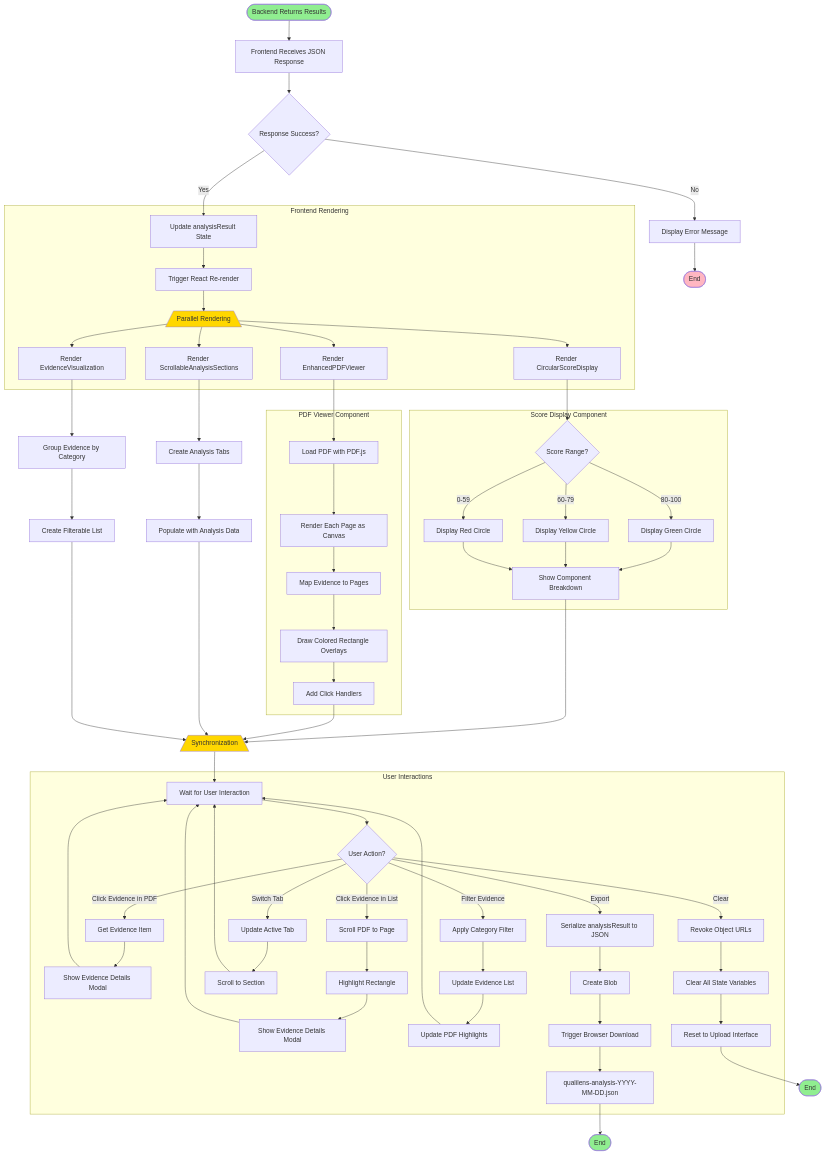
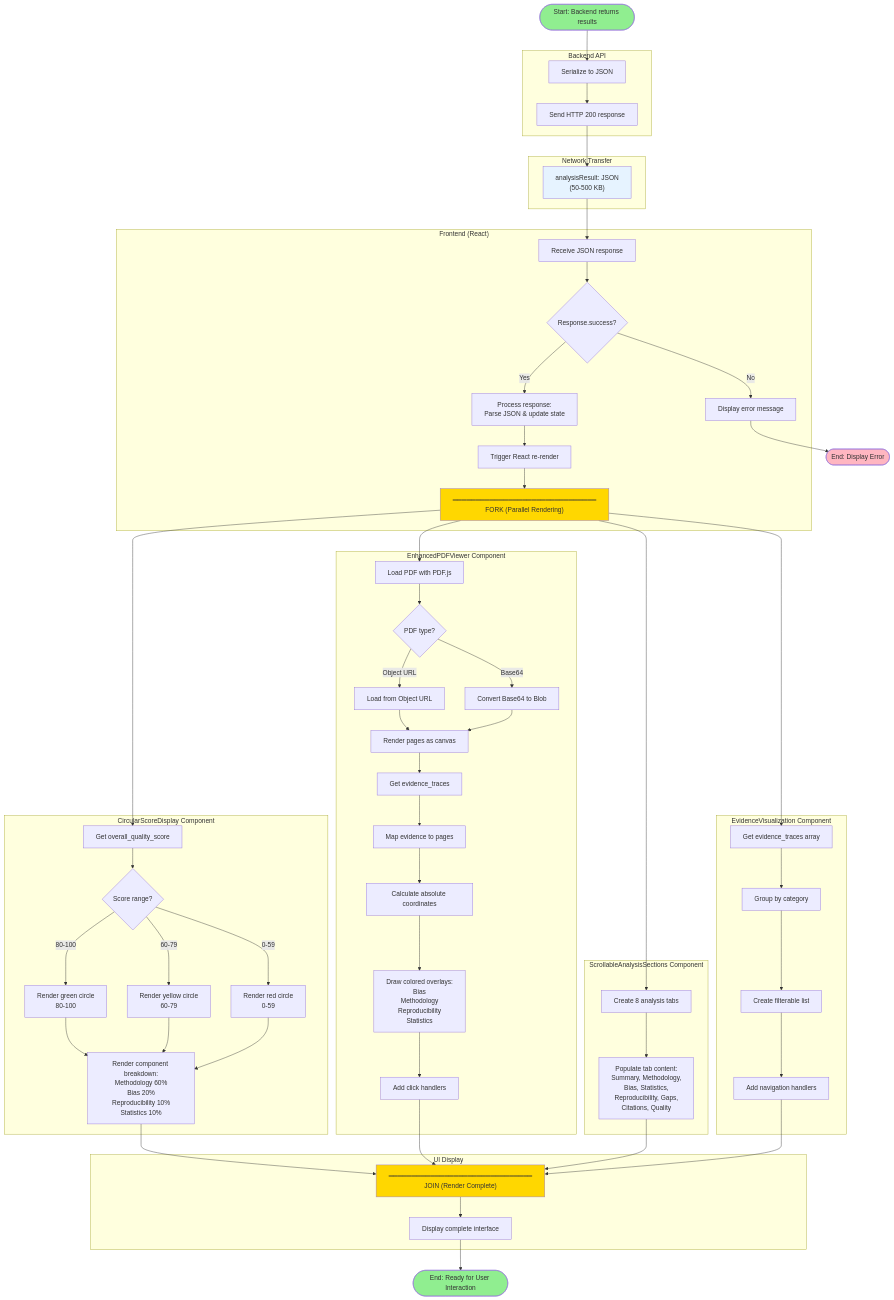
Before and after one commit to giuliobarde/QualiLens: the third of 5 diagrams in docs/architecture/3_ACTIVITY_DIAGRAM.md, drawn with Mermaid. The commit also changed other lines of this file and 1 other file, not shown here.

Commit message:
activity diagrams update

````diff
--- a/docs/architecture/3_ACTIVITY_DIAGRAM.md
+++ b/docs/architecture/3_ACTIVITY_DIAGRAM.md
@@ -188,127 +238,117 @@
 ```mermaid
 graph TD
-    Start([Backend Returns Results]) --> ReceiveJSON[Frontend Receives JSON Response]
-    ReceiveJSON --> ValidateResponse{Response Success?}
-    ValidateResponse -->|No| ShowError[Display Error Message]
-    ShowError --> End1([End])
-    ValidateResponse -->|Yes| UpdateState[Update analysisResult State]
-    UpdateState --> TriggerRender[Trigger React Re-render]
-    TriggerRender --> ParallelRender[/Parallel Rendering\]
+    Start([Start: Backend returns results])
     
-    ParallelRender --> RenderScore[Render CircularScoreDisplay]
-    ParallelRender --> RenderPDF[Render EnhancedPDFViewer]
-    ParallelRender --> RenderSections[Render ScrollableAnalysisSections]
-    ParallelRender --> RenderEvidence[Render EvidenceVisualization]
-    
-    RenderScore --> CalcColor{Score Range?}
-    CalcColor -->|80-100| GreenCircle[Display Green Circle]
-    CalcColor -->|60-79| YellowCircle[Display Yellow Circle]
-    CalcColor -->|0-59| RedCircle[Display Red Circle]
-    GreenCircle --> ShowBreakdown[Show Component Breakdown]
-    YellowCircle --> ShowBreakdown
-    RedCircle --> ShowBreakdown
-    
-    RenderPDF --> LoadPDFJS[Load PDF with PDF.js]
-    LoadPDFJS --> RenderPages[Render Each Page as Canvas]
-    RenderPages --> MapEvidence[Map Evidence to Pages]
-    MapEvidence --> DrawHighlights[Draw Colored Rectangle Overlays]
-    DrawHighlights --> AddHandlers[Add Click Handlers]
-    
-    RenderSections --> CreateTabs[Create Analysis Tabs]
-    CreateTabs --> PopulateData[Populate with Analysis Data]
-    
-    RenderEvidence --> GroupEvidence[Group Evidence by Category]
-    GroupEvidence --> CreateList[Create Filterable List]
-    
-    ShowBreakdown --> SyncPoint[/Synchronization\]
-    AddHandlers --> SyncPoint
-    PopulateData --> SyncPoint
-    CreateList --> SyncPoint
-    
-    SyncPoint --> WaitUser[Wait for User Interaction]
-    WaitUser --> UserAction{User Action?}
-    
-    UserAction -->|Click Evidence in PDF| GetEvidence1[Get Evidence Item]
-    GetEvidence1 --> ShowModal1[Show Evidence Details Modal]
-    ShowModal1 --> WaitUser
-    
-    UserAction -->|Click Evidence in List| ScrollPDF[Scroll PDF to Page]
-    ScrollPDF --> HighlightRect[Highlight Rectangle]
-    HighlightRect --> ShowModal2[Show Evidence Details Modal]
-    ShowModal2 --> WaitUser
-    
-    UserAction -->|Switch Tab| ChangeTab[Update Active Tab]
-    ChangeTab --> ScrollSection[Scroll to Section]
-    ScrollSection --> WaitUser
-    
-    UserAction -->|Filter Evidence| ApplyFilter[Apply Category Filter]
-    ApplyFilter --> UpdateList[Update Evidence List]
-    UpdateList --> UpdateHighlights[Update PDF Highlights]
-    UpdateHighlights --> WaitUser
-    
-    UserAction -->|Export| SerializeJSON[Serialize analysisResult to JSON]
-    SerializeJSON --> CreateBlob[Create Blob]
-    CreateBlob --> TriggerDownload[Trigger Browser Download]
-    TriggerDownload --> FileName["qualilens-analysis-YYYY-MM-DD.json"]
-    FileName --> End2([End])
-    
-    UserAction -->|Clear| RevokeURL[Revoke Object URLs]
-    RevokeURL --> ClearState[Clear All State Variables]
-    ClearState --> ResetUI[Reset to Upload Interface]
-    ResetUI --> End3([End])
-    
-    subgraph "Frontend Rendering"
-        UpdateState
-        TriggerRender
-        ParallelRender
-        RenderScore
-        RenderPDF
-        RenderSections
-        RenderEvidence
+    subgraph Backend["Backend API"]
+        B1[Serialize to JSON]
+        B2[Send HTTP 200 response]
     end
     
-    subgraph "Score Display Component"
-        CalcColor
-        GreenCircle
-        YellowCircle
-        RedCircle
-        ShowBreakdown
+    subgraph DataTransfer["Network Transfer"]
+        N1["analysisResult: JSON<br/>(50-500 KB)"]
     end
     
-    subgraph "PDF Viewer Component"
-        LoadPDFJS
-        RenderPages
-        MapEvidence
-        DrawHighlights
-        AddHandlers
+    subgraph Frontend["Frontend (React)"]
+        F1[Receive JSON response]
+        F2{Response.success?}
+        F3[Process response:<br/>Parse JSON & update state]
+        F4[Trigger React re-render]
+        ForkBar["═══════════════════════════════<br/>FORK (Parallel Rendering)"]
+        E1[Display error message]
     end
     
-    subgraph "User Interactions"
-        WaitUser
-        UserAction
-        GetEvidence1
-        ShowModal1
-        ScrollPDF
-        HighlightRect
-        ShowModal2
-        ChangeTab
-        ScrollSection
-        ApplyFilter
-        UpdateList
-        UpdateHighlights
-        SerializeJSON
-        CreateBlob
-        TriggerDownload
-        FileName
-        RevokeURL
-        ClearState
-        ResetUI
+    subgraph ScoreComponent["CircularScoreDisplay Component"]
+        S1[Get overall_quality_score]
+        S2{Score range?}
+        S3[Render green circle<br/>80-100]
+        S4[Render yellow circle<br/>60-79]
+        S5[Render red circle<br/>0-59]
+        S6[Render component breakdown:<br/>Methodology 60%<br/>Bias 20%<br/>Reproducibility 10%<br/>Statistics 10%]
     end
     
+    subgraph PDFViewer["EnhancedPDFViewer Component"]
+        P1[Load PDF with PDF.js]
+        P2{PDF type?}
+        P3[Load from Object URL]
+        P4[Convert Base64 to Blob]
+        P5[Render pages as canvas]
+        P6[Get evidence_traces]
+        P7[Map evidence to pages]
+        P8[Calculate absolute coordinates]
+        P9[Draw colored overlays:<br/>Bias<br/>Methodology<br/>Reproducibility<br/>Statistics]
+        P10[Add click handlers]
+    end
+    
+    subgraph Sections["ScrollableAnalysisSections Component"]
+        SEC1[Create 8 analysis tabs]
+        SEC2[Populate tab content:<br/>Summary, Methodology,<br/>Bias, Statistics,<br/>Reproducibility, Gaps,<br/>Citations, Quality]
+    end
+    
+    subgraph EvidenceVis["EvidenceVisualization Component"]
+        EV1[Get evidence_traces array]
+        EV2[Group by category]
+        EV3[Create filterable list]
+        EV4[Add navigation handlers]
+    end
+    
+    subgraph Display["UI Display"]
+        JoinBar["═══════════════════════════════<br/>JOIN (Render Complete)"]
+        UI1[Display complete interface]
+    end
+    
+    Start --> B1
+    B1 --> B2
+    B2 --> N1
+    N1 --> F1
+    F1 --> F2
+    F2 -->|No| E1
+    E1 --> End2([End: Display Error])
+    F2 -->|Yes| F3
+    F3 --> F4
+    
+    F4 --> ForkBar
+    
+    ForkBar --> S1
+    ForkBar --> P1
+    ForkBar --> SEC1
+    ForkBar --> EV1
+    
+    S1 --> S2
+    S2 -->|80-100| S3
+    S2 -->|60-79| S4
+    S2 -->|0-59| S5
+    S3 --> S6
+    S4 --> S6
+    S5 --> S6
+    S6 --> JoinBar
+    
+    P1 --> P2
+    P2 -->|Object URL| P3
+    P2 -->|Base64| P4
+    P3 --> P5
+    P4 --> P5
+    P5 --> P6
+    P6 --> P7
+    P7 --> P8
+    P8 --> P9
+    P9 --> P10
+    P10 --> JoinBar
+    
+    SEC1 --> SEC2
+    SEC2 --> JoinBar
+    
+    EV1 --> EV2
+    EV2 --> EV3
+    EV3 --> EV4
+    EV4 --> JoinBar
+    
+    JoinBar --> UI1
+    UI1 --> End1([End: Ready for User Interaction])
+    
     style Start fill:#90EE90
-    style End1 fill:#FFB6C1
-    style End2 fill:#90EE90
-    style End3 fill:#90EE90
-    style ParallelRender fill:#FFD700
-    style SyncPoint fill:#FFD700
+    style End1 fill:#90EE90
+    style End2 fill:#FFB6C1
+    style ForkBar fill:#FFD700
+    style JoinBar fill:#FFD700
+    style N1 fill:#E6F3FF
 ```
````
